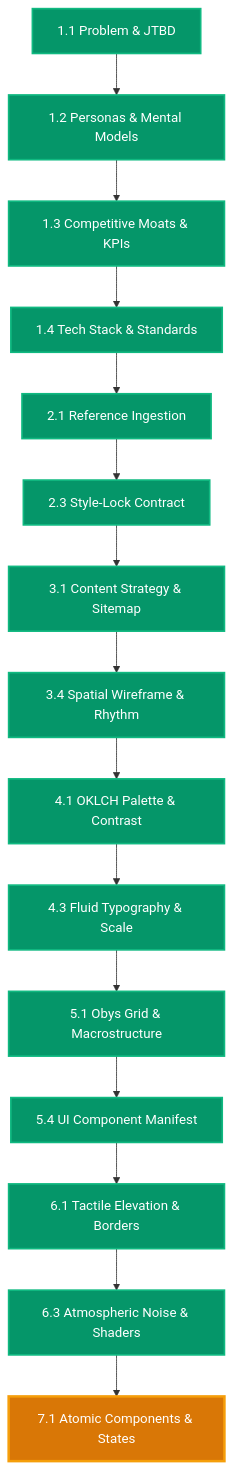
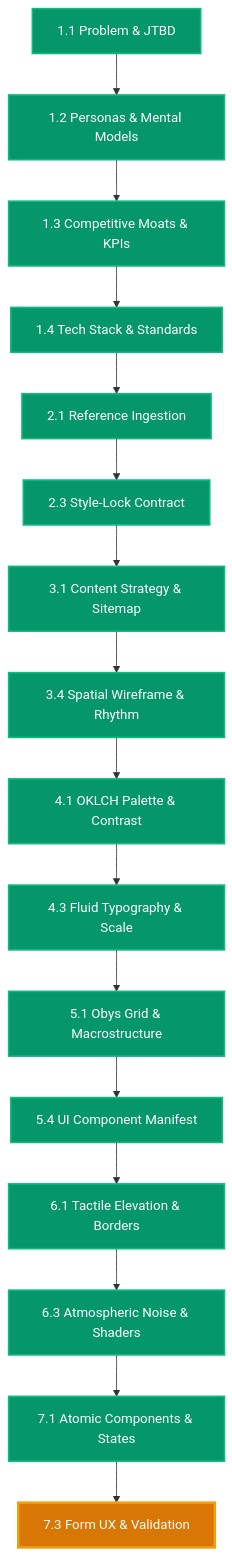
The diagram in RESUME.md (atinek-182/Vidya-Dham-Academy), drawn with Mermaid before and after one commit. The commit also changed other lines of this file and 10 other files, not shown here.

Commit message:
[PASS] Phase 7.1: Implement atomic components, Emil Kowalski micro-interactions, and spec

````diff
--- a/RESUME.md
+++ b/RESUME.md
@@ -41,21 +42,22 @@
 ```mermaid
 graph TD
   P1_1["1.1 Problem & JTBD"]:::completed --> P1_2["1.2 Personas & Mental Models"]:::completed
   P1_2 --> P1_3["1.3 Competitive Moats & KPIs"]:::completed
   P1_3 --> P1_4["1.4 Tech Stack & Standards"]:::completed
   P1_4 --> P2_1["2.1 Reference Ingestion"]:::completed
   P2_1 --> P2_3["2.3 Style-Lock Contract"]:::completed
   P2_3 --> P3_1["3.1 Content Strategy & Sitemap"]:::completed
   P3_1 --> P3_4["3.4 Spatial Wireframe & Rhythm"]:::completed
   P3_4 --> P4_1["4.1 OKLCH Palette & Contrast"]:::completed
   P4_1 --> P4_3["4.3 Fluid Typography & Scale"]:::completed
   P4_3 --> P5_1["5.1 Obys Grid & Macrostructure"]:::completed
   P5_1 --> P5_4["5.4 UI Component Manifest"]:::completed
   P5_4 --> P6_1["6.1 Tactile Elevation & Borders"]:::completed
   P6_1 --> P6_3["6.3 Atmospheric Noise & Shaders"]:::completed
-  P6_3 --> P7_1["7.1 Atomic Components & States"]:::active
+  P6_3 --> P7_1["7.1 Atomic Components & States"]:::completed
+  P7_1 --> P7_3["7.3 Form UX & Validation"]:::active
 
   classDef completed fill:#059669,stroke:#10b981,color:#ffffff,stroke-width:2px;
   classDef active fill:#d97706,stroke:#f59e0b,color:#ffffff,stroke-width:3px;
   classDef pending fill:#1f2937,stroke:#374151,color:#9ca3af,stroke-width:1px;
 ```
````
